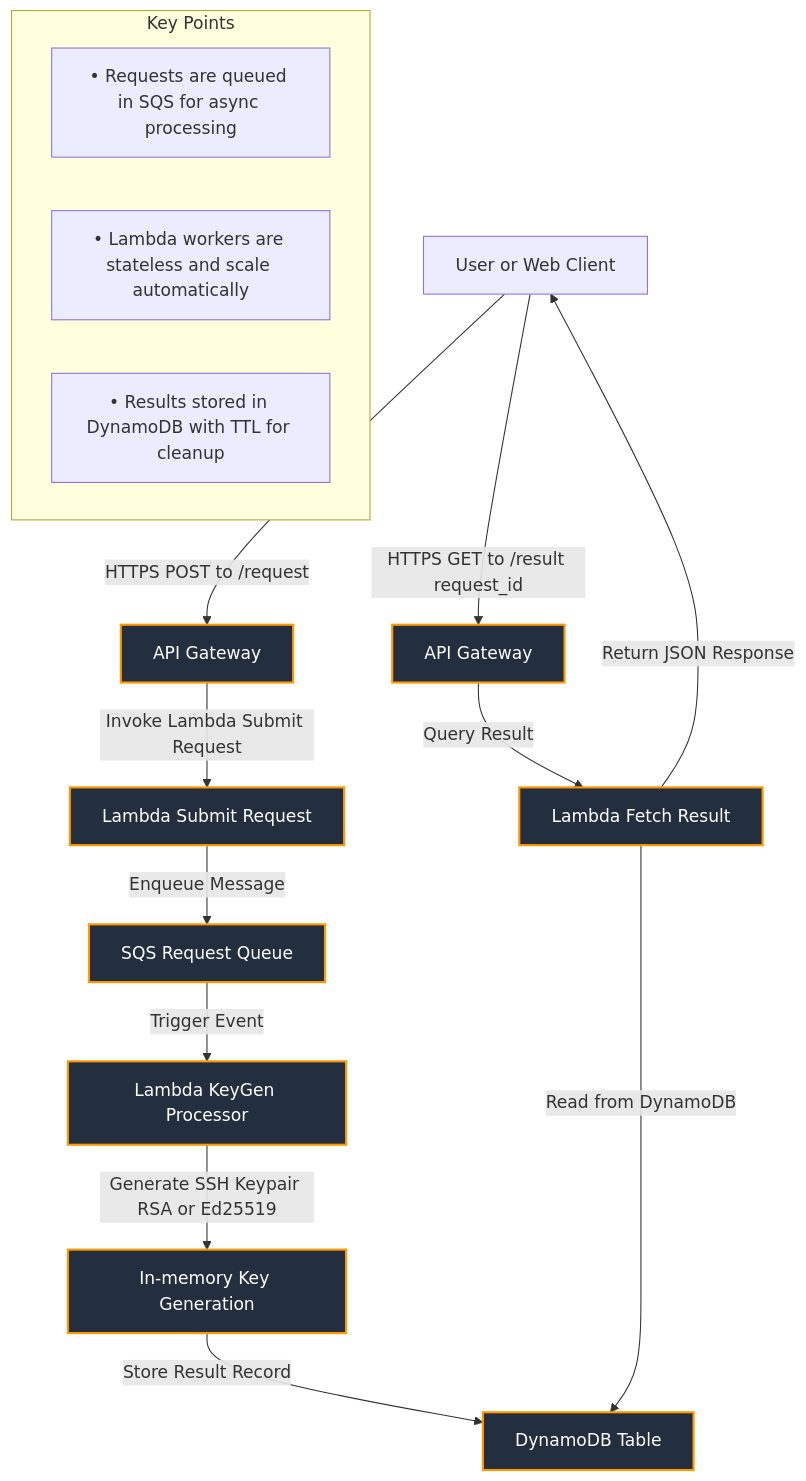
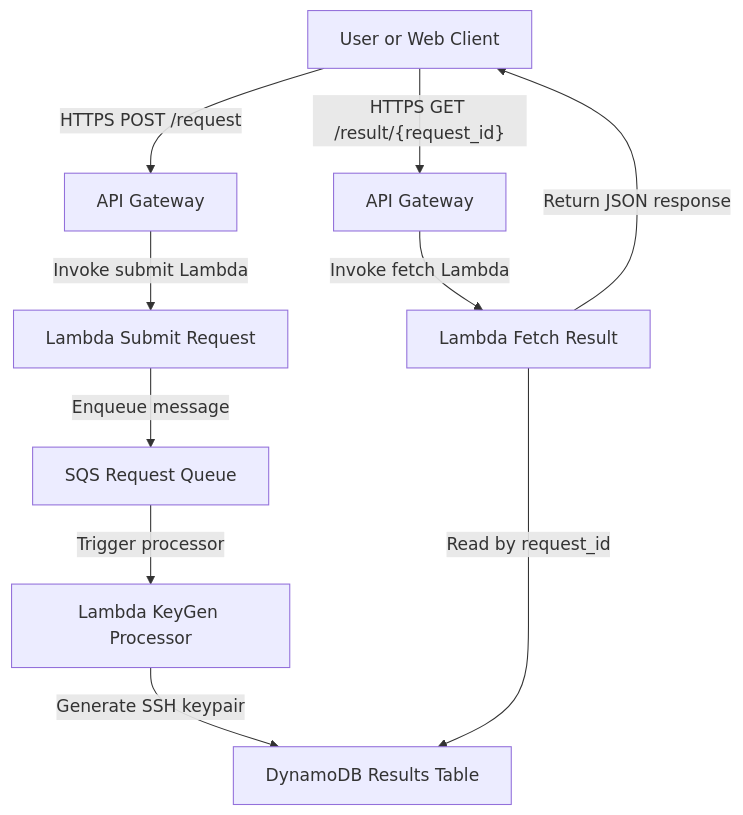
The diagram in README.md (mamonaco1973/aws-sqs-keygen), drawn with Mermaid before and after one commit. The commit also changed other lines of this file, not shown here.

Commit message:
work on validate.sh

````diff
--- a/README.md
+++ b/README.md
@@ -44,35 +44,13 @@
 ```mermaid
 flowchart TD
-    %% ============================================================================================
-    %% AWS SSH KeyGen Microservice - High-Level Flow (Strict GitHub-Compatible)
-    %% ============================================================================================
+    A["User or Web Client"] -->|"HTTPS POST /request"| B["API Gateway"]
+    B -->|"Invoke submit Lambda"| C["Lambda Submit Request"]
+    C -->|"Enqueue message"| D["SQS Request Queue"]
+    D -->|"Trigger processor"| E["Lambda KeyGen Processor"]
+    E -->|"Generate SSH keypair"| F["DynamoDB Results Table"]
 
-    %% CLIENT LAYER
-    A["User or Web Client"] -->|"HTTPS POST to /request"| B["API Gateway"]
-
-    %% REQUEST SUBMISSION
-    B -->|"Invoke Lambda Submit Request"| C["Lambda Submit Request"]
-    C -->|"Enqueue Message"| D["SQS Request Queue"]
-
-    %% PROCESSING LAYER
-    D -->|"Trigger Event"| E["Lambda KeyGen Processor"]
-    E -->|"Generate SSH Keypair RSA or Ed25519"| E2["In-memory Key Generation"]
-    E2 -->|"Store Result Record"| F["DynamoDB Table"]
-
-    %% RESULT RETRIEVAL
-    A -->|"HTTPS GET to /result request_id"| G["API Gateway"]
-    G -->|"Query Result"| H["Lambda Fetch Result"]
-    H -->|"Read from DynamoDB"| F
-    H -->|"Return JSON Response"| A
-
-    %% ANNOTATIONS
-    subgraph Notes["Key Points"]
-      note1["• Requests are queued in SQS for async processing"]
-      note2["• Lambda workers are stateless and scale automatically"]
-      note3["• Results stored in DynamoDB with TTL for cleanup"]
-    end
-
-    %% STYLING
-    classDef aws fill:#232F3E,stroke:#FF9900,stroke-width:2px,color:#ffffff
-    class B,C,D,E,E2,F,G,H aws
+    A -->|"HTTPS GET /result/{request_id}"| G["API Gateway"]
+    G -->|"Invoke fetch Lambda"| H["Lambda Fetch Result"]
+    H -->|"Read by request_id"| F
+    H -->|"Return JSON response"| A
 ```
````
